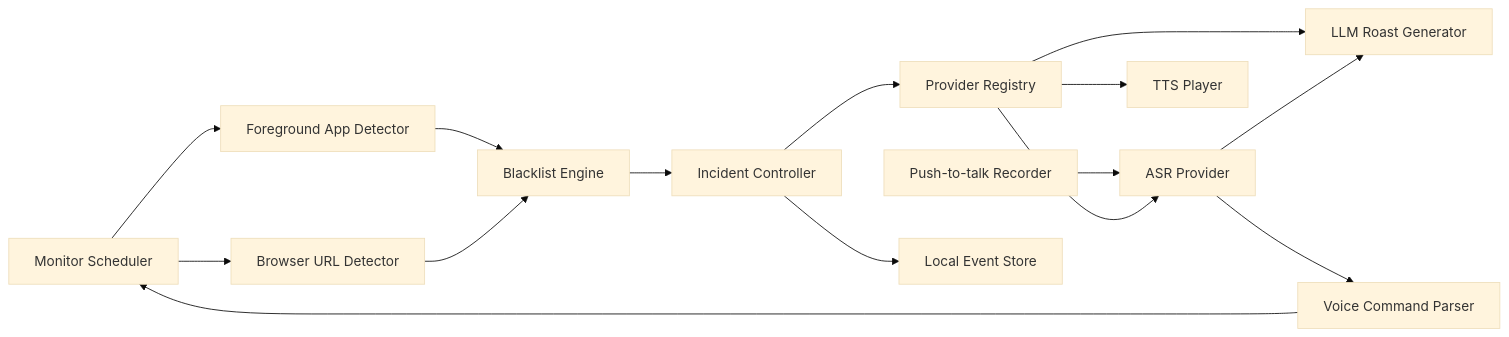
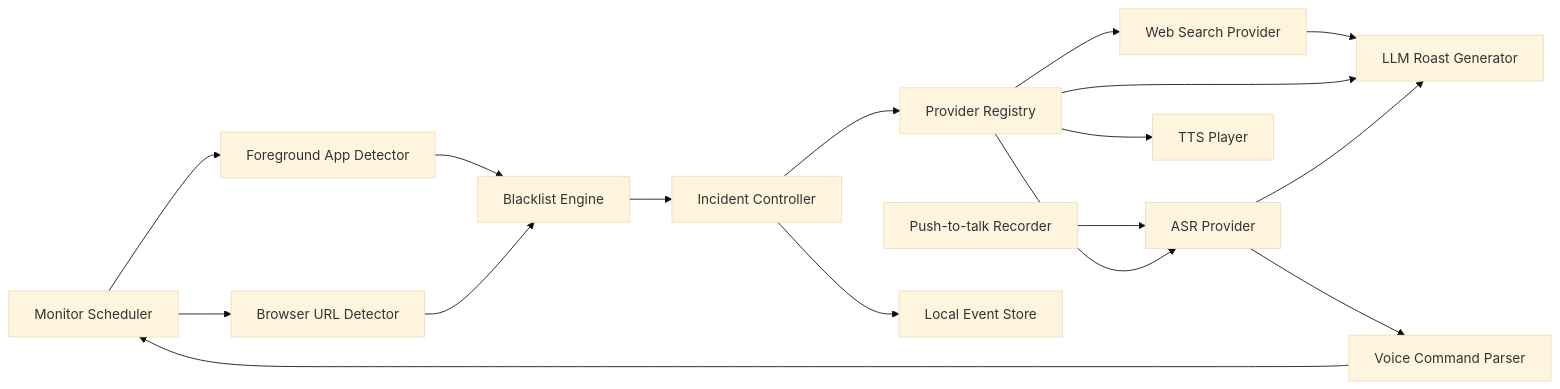
The diagram in docs/PRD.md (FerryCorleone/Hunter), drawn with Mermaid (base theme) before and after one commit. The commit also changed other lines of this file and 15 other files, not shown here.

````diff
--- a/docs/PRD.md
+++ b/docs/PRD.md
@@ -209,17 +211,19 @@
 ```mermaid
 flowchart LR
   A["Monitor Scheduler"] --> B["Foreground App Detector"]
   A --> C["Browser URL Detector"]
   B --> D["Blacklist Engine"]
   C --> D
   I["Push-to-talk Recorder"] --> J["ASR Provider"]
   J --> Q["Voice Command Parser"]
   Q --> A
   D --> E["Incident Controller"]
   E --> P["Provider Registry"]
+  P --> S["Web Search Provider"]
+  S --> F
   P --> F["LLM Roast Generator"]
   P --> G["TTS Player"]
   E --> H["Local Event Store"]
   P --> J
   J --> F
 ```
````
